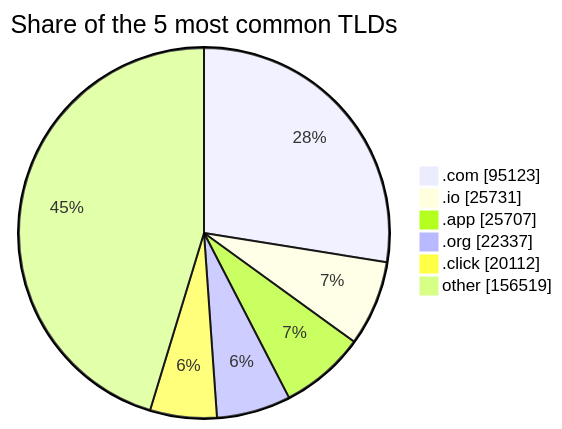
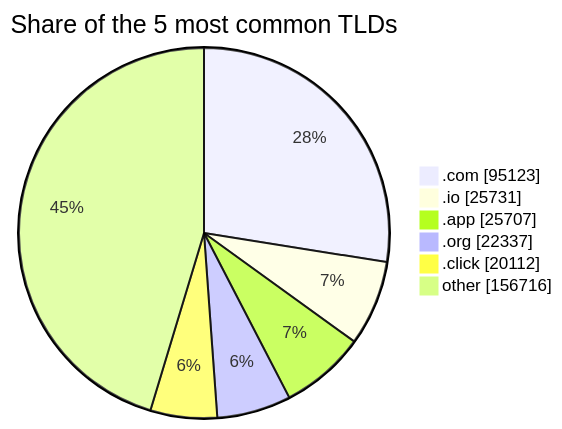
The third of 3 diagrams in README.md (DNSBunker/CTI), drawn with Mermaid before and after one commit. The commit also changed other lines of this file and 3 other files, not shown here.

````diff
--- a/README.md
+++ b/README.md
@@ -81,9 +81,9 @@
 ```mermaid
 pie showData title Share of the 5 most common TLDs
     ".com" : 95123
     ".io" : 25731
     ".app" : 25707
     ".org" : 22337
     ".click" : 20112
-    "other" : 156519
+    "other" : 156716
 ```
````
